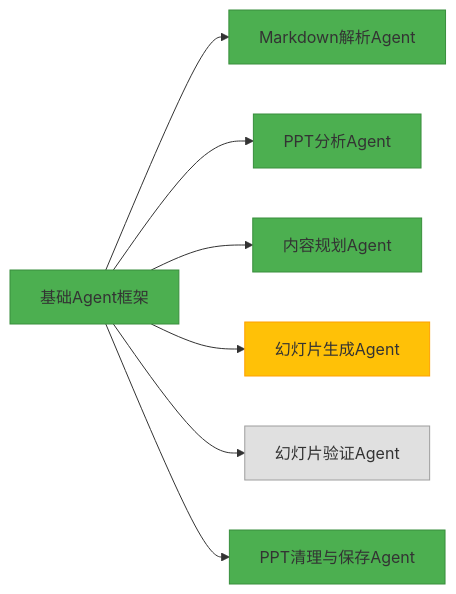
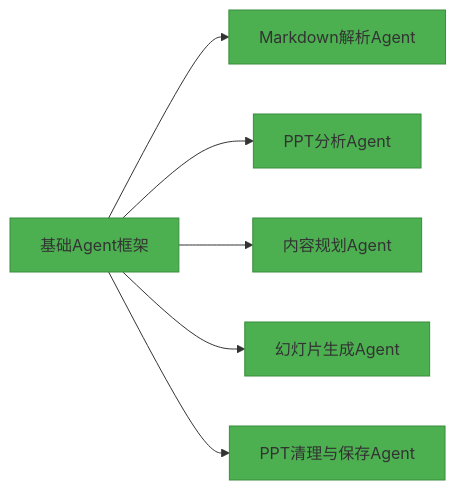
One commit to AlanHootman/ppt_assistant changed the second of 4 diagrams in docs/plan/开发计划.md. Above: the diagram before and after it, drawn with Mermaid. The commit also changed other lines of this file and 1 other file, not shown here.

````diff
--- a/docs/plan/开发计划.md
+++ b/docs/plan/开发计划.md
@@ -66,17 +66,15 @@
 ```mermaid
 graph LR
     A[基础Agent框架] --> B[Markdown解析Agent]
     A --> C[PPT分析Agent]
     A --> D[内容规划Agent]
     A --> E[幻灯片生成Agent]
-    A --> F[幻灯片验证Agent]
-    A --> G[PPT清理与保存Agent]
+    A --> F[PPT清理与保存Agent]
     
     style A fill:#4CAF50,stroke:#388E3C
     style B fill:#4CAF50,stroke:#388E3C
     style C fill:#4CAF50,stroke:#388E3C
     style D fill:#4CAF50,stroke:#388E3C
-    style E fill:#FFC107,stroke:#FFA000
-    style F fill:#E0E0E0,stroke:#9E9E9E
-    style G fill:#4CAF50,stroke:#388E3C
+    style E fill:#4CAF50,stroke:#388E3C
+    style F fill:#4CAF50,stroke:#388E3C
 ```
````
